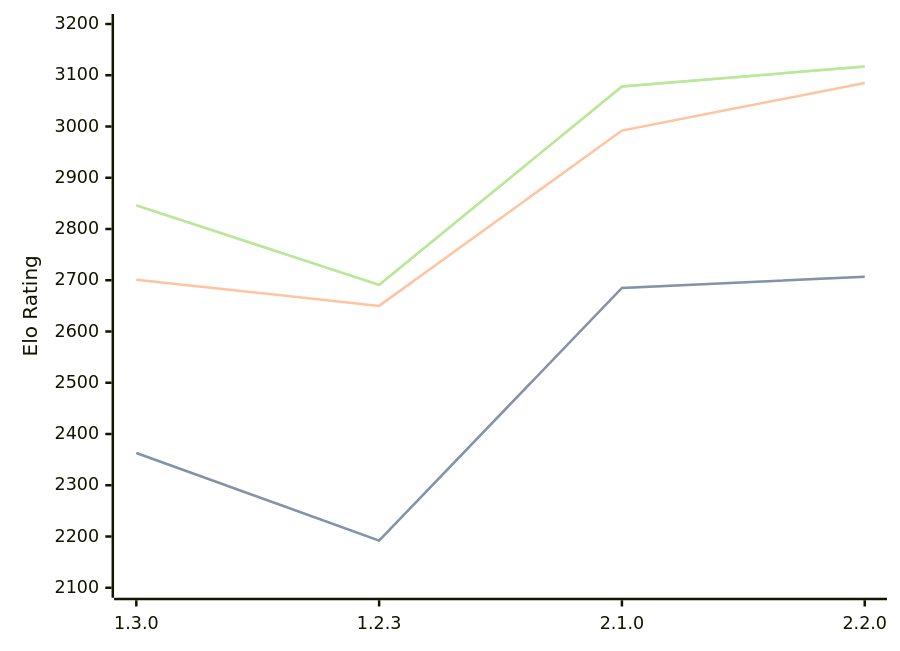
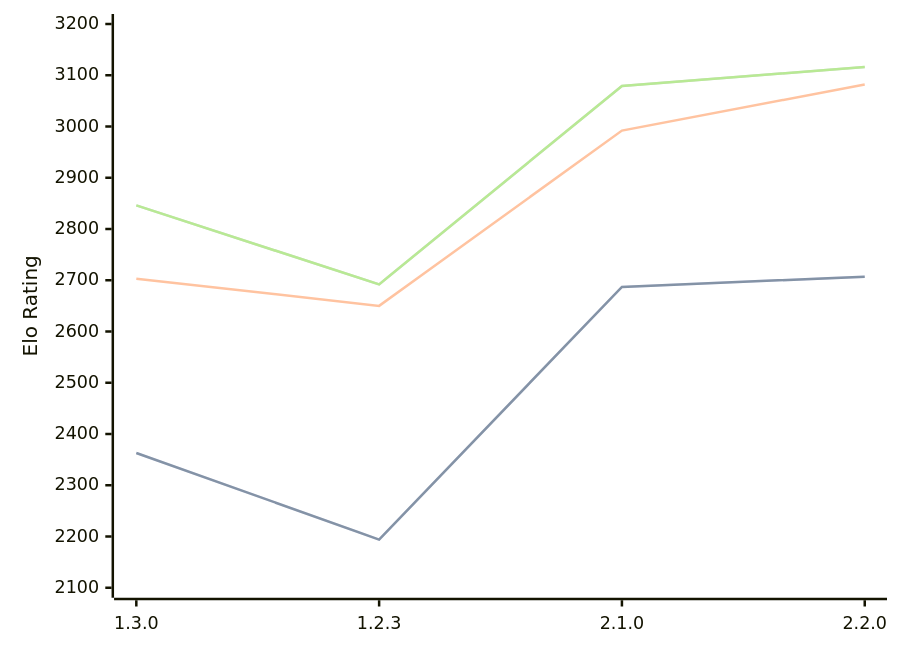
The diagram in engines/Aspen.md (computer-chess-index/cci), drawn with Mermaid before and after one commit. The commit also changed other lines of this file, not shown here.

Commit message:
Update CCI Ratings (ELO VLTC) - 2026-09-14

````diff
--- a/engines/Aspen.md
+++ b/engines/Aspen.md
@@ -43,11 +43,11 @@
 ```mermaid
 %%{init: {"theme":"base","themeVariables":{"seriesColors:['#a3a3a3','#222221','#faa371']}}}%%
 xychart-beta
   x-axis ["1.3.0", "1.2.3", "2.1.0", "2.2.0"]
   y-axis "Elo Rating" 2100 --> 3200
-  line "" [2363, 2192, 2685, 2707]
-  line "STC (8.0+0.08s)" [2363, 2192, 2685, 2707]
-  line "LTC (60.0+0.60s)" [2701, 2650, 2992, 3085]
-  line "" [2846, 2691, 3078, 3117]
-  line "VLTC (2m24s+1.12s)" [2846, 2691, 3078, 3117]
+  line "" [2363, 2194, 2687, 2707]
+  line "STC (8.0+0.08s)" [2363, 2194, 2687, 2707]
+  line "LTC (60.0+0.60s)" [2703, 2650, 2992, 3082]
+  line "" [2846, 2692, 3079, 3116]
+  line "VLTC (2m24s+1.12s)" [2846, 2692, 3079, 3116]
 ```
````
